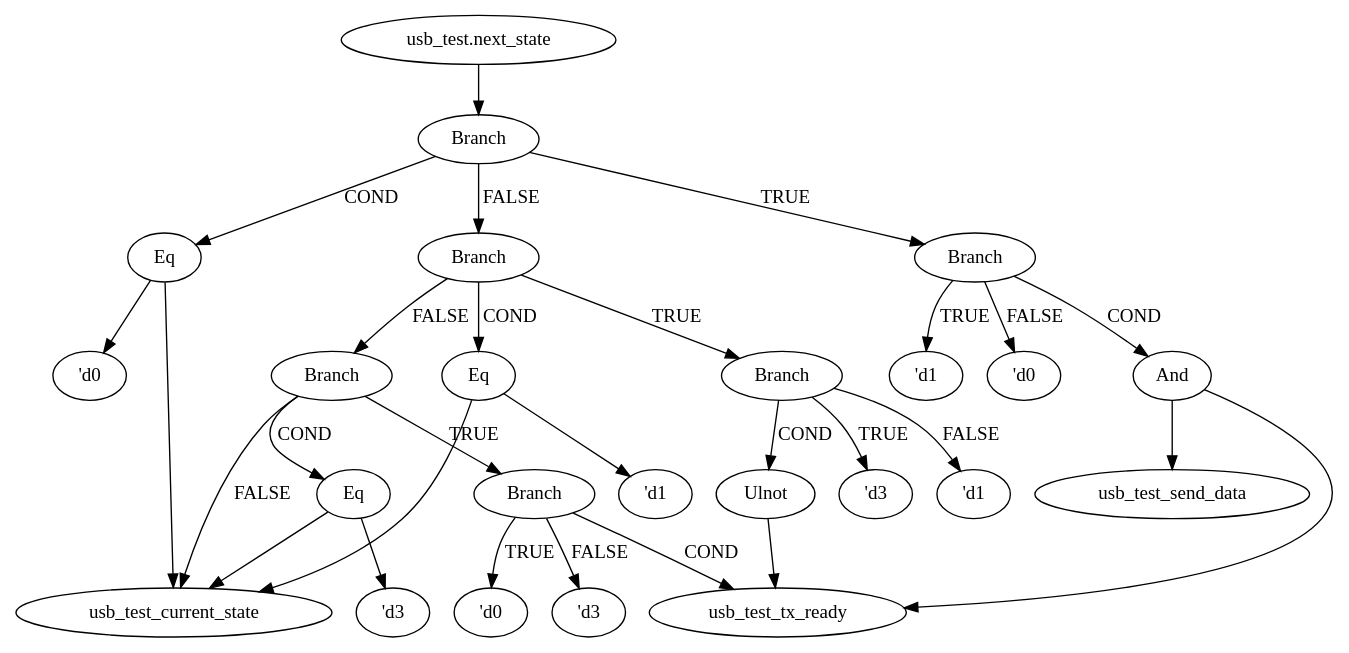
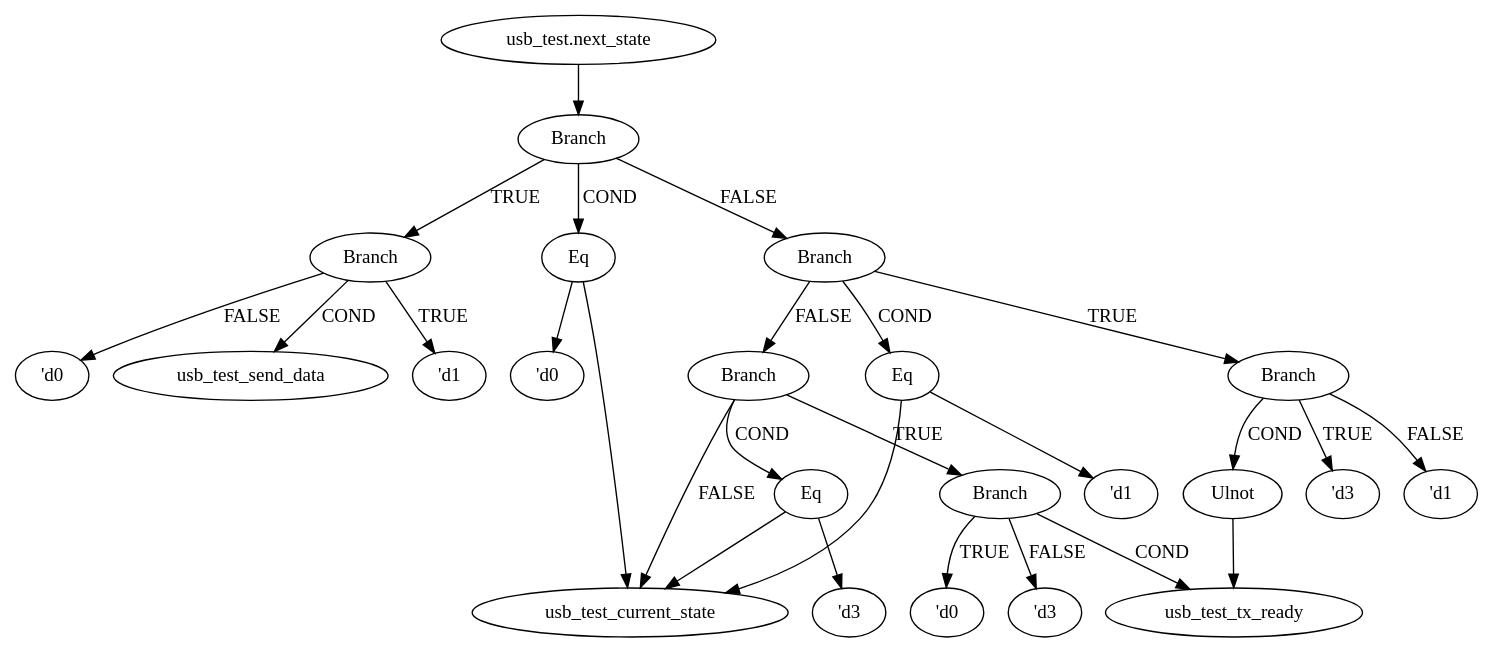
Before and after one commit to vnay01/MasterThesis: the diagram in usb_test.dot, drawn with Graphviz. The commit also changed 14 other files, not shown here.

```diff
--- a/usb_test.dot
+++ b/usb_test.dot
@@ -1,94 +1,90 @@
 strict digraph "" {
 	node [label="\N"];
 	"usb_test.next_state_graphrename_0"	[color=black,
 		label="usb_test.next_state"];
 	Branch_graphrename_1	[color=black,
 		label=Branch];
 	"usb_test.next_state_graphrename_0" -> Branch_graphrename_1	[color=black];
 	Eq_graphrename_2	[color=black,
 		label=Eq];
 	Branch_graphrename_1 -> Eq_graphrename_2	[color=black,
 		label=COND];
 	Branch_graphrename_4	[color=black,
 		label=Branch];
 	Branch_graphrename_1 -> Branch_graphrename_4	[color=black,
 		label=TRUE];
-	Branch_graphrename_8	[color=black,
+	Branch_graphrename_7	[color=black,
 		label=Branch];
-	Branch_graphrename_1 -> Branch_graphrename_8	[color=black,
+	Branch_graphrename_1 -> Branch_graphrename_7	[color=black,
 		label=FALSE];
 	usb_test_current_state	[color=black];
 	Eq_graphrename_2 -> usb_test_current_state	[color=black];
 	"'d0_graphrename_3"	[color=black,
 		label="'d0"];
 	Eq_graphrename_2 -> "'d0_graphrename_3"	[color=black];
-	And_graphrename_5	[color=black,
-		label=And];
-	Branch_graphrename_4 -> And_graphrename_5	[color=black,
+	usb_test_send_data	[color=black];
+	Branch_graphrename_4 -> usb_test_send_data	[color=black,
 		label=COND];
-	"'d1_graphrename_6"	[color=black,
+	"'d1_graphrename_5"	[color=black,
 		label="'d1"];
-	Branch_graphrename_4 -> "'d1_graphrename_6"	[color=black,
+	Branch_graphrename_4 -> "'d1_graphrename_5"	[color=black,
 		label=TRUE];
-	"'d0_graphrename_7"	[color=black,
+	"'d0_graphrename_6"	[color=black,
 		label="'d0"];
-	Branch_graphrename_4 -> "'d0_graphrename_7"	[color=black,
+	Branch_graphrename_4 -> "'d0_graphrename_6"	[color=black,
 		label=FALSE];
-	usb_test_send_data	[color=black];
-	And_graphrename_5 -> usb_test_send_data	[color=black];
+	Eq_graphrename_8	[color=black,
+		label=Eq];
+	Branch_graphrename_7 -> Eq_graphrename_8	[color=black,
+		label=COND];
+	Branch_graphrename_10	[color=black,
+		label=Branch];
+	Branch_graphrename_7 -> Branch_graphrename_10	[color=black,
+		label=TRUE];
+	Branch_graphrename_14	[color=black,
+		label=Branch];
+	Branch_graphrename_7 -> Branch_graphrename_14	[color=black,
+		label=FALSE];
+	Eq_graphrename_8 -> usb_test_current_state	[color=black];
+	"'d1_graphrename_9"	[color=black,
+		label="'d1"];
+	Eq_graphrename_8 -> "'d1_graphrename_9"	[color=black];
+	Ulnot_graphrename_11	[color=black,
+		label=Ulnot];
+	Branch_graphrename_10 -> Ulnot_graphrename_11	[color=black,
+		label=COND];
+	"'d3_graphrename_12"	[color=black,
+		label="'d3"];
+	Branch_graphrename_10 -> "'d3_graphrename_12"	[color=black,
+		label=TRUE];
+	"'d1_graphrename_13"	[color=black,
+		label="'d1"];
+	Branch_graphrename_10 -> "'d1_graphrename_13"	[color=black,
+		label=FALSE];
 	usb_test_tx_ready	[color=black];
-	And_graphrename_5 -> usb_test_tx_ready	[color=black];
-	Eq_graphrename_9	[color=black,
+	Ulnot_graphrename_11 -> usb_test_tx_ready	[color=black];
+	Branch_graphrename_14 -> usb_test_current_state	[color=black,
+		label=FALSE];
+	Eq_graphrename_15	[color=black,
 		label=Eq];
-	Branch_graphrename_8 -> Eq_graphrename_9	[color=black,
+	Branch_graphrename_14 -> Eq_graphrename_15	[color=black,
 		label=COND];
-	Branch_graphrename_11	[color=black,
+	Branch_graphrename_17	[color=black,
 		label=Branch];
-	Branch_graphrename_8 -> Branch_graphrename_11	[color=black,
+	Branch_graphrename_14 -> Branch_graphrename_17	[color=black,
 		label=TRUE];
-	Branch_graphrename_15	[color=black,
-		label=Branch];
-	Branch_graphrename_8 -> Branch_graphrename_15	[color=black,
-		label=FALSE];
-	Eq_graphrename_9 -> usb_test_current_state	[color=black];
-	"'d1_graphrename_10"	[color=black,
-		label="'d1"];
-	Eq_graphrename_9 -> "'d1_graphrename_10"	[color=black];
-	Ulnot_graphrename_12	[color=black,
-		label=Ulnot];
-	Branch_graphrename_11 -> Ulnot_graphrename_12	[color=black,
+	Eq_graphrename_15 -> usb_test_current_state	[color=black];
+	"'d3_graphrename_16"	[color=black,
+		label="'d3"];
+	Eq_graphrename_15 -> "'d3_graphrename_16"	[color=black];
+	Branch_graphrename_17 -> usb_test_tx_ready	[color=black,
 		label=COND];
-	"'d3_graphrename_13"	[color=black,
+	"'d0_graphrename_18"	[color=black,
+		label="'d0"];
+	Branch_graphrename_17 -> "'d0_graphrename_18"	[color=black,
+		label=TRUE];
+	"'d3_graphrename_19"	[color=black,
 		label="'d3"];
-	Branch_graphrename_11 -> "'d3_graphrename_13"	[color=black,
-		label=TRUE];
-	"'d1_graphrename_14"	[color=black,
-		label="'d1"];
-	Branch_graphrename_11 -> "'d1_graphrename_14"	[color=black,
-		label=FALSE];
-	Ulnot_graphrename_12 -> usb_test_tx_ready	[color=black];
-	Branch_graphrename_15 -> usb_test_current_state	[color=black,
-		label=FALSE];
-	Eq_graphrename_16	[color=black,
-		label=Eq];
-	Branch_graphrename_15 -> Eq_graphrename_16	[color=black,
-		label=COND];
-	Branch_graphrename_18	[color=black,
-		label=Branch];
-	Branch_graphrename_15 -> Branch_graphrename_18	[color=black,
-		label=TRUE];
-	Eq_graphrename_16 -> usb_test_current_state	[color=black];
-	"'d3_graphrename_17"	[color=black,
-		label="'d3"];
-	Eq_graphrename_16 -> "'d3_graphrename_17"	[color=black];
-	Branch_graphrename_18 -> usb_test_tx_ready	[color=black,
-		label=COND];
-	"'d0_graphrename_19"	[color=black,
-		label="'d0"];
-	Branch_graphrename_18 -> "'d0_graphrename_19"	[color=black,
-		label=TRUE];
-	"'d3_graphrename_20"	[color=black,
-		label="'d3"];
-	Branch_graphrename_18 -> "'d3_graphrename_20"	[color=black,
+	Branch_graphrename_17 -> "'d3_graphrename_19"	[color=black,
 		label=FALSE];
 }
```
